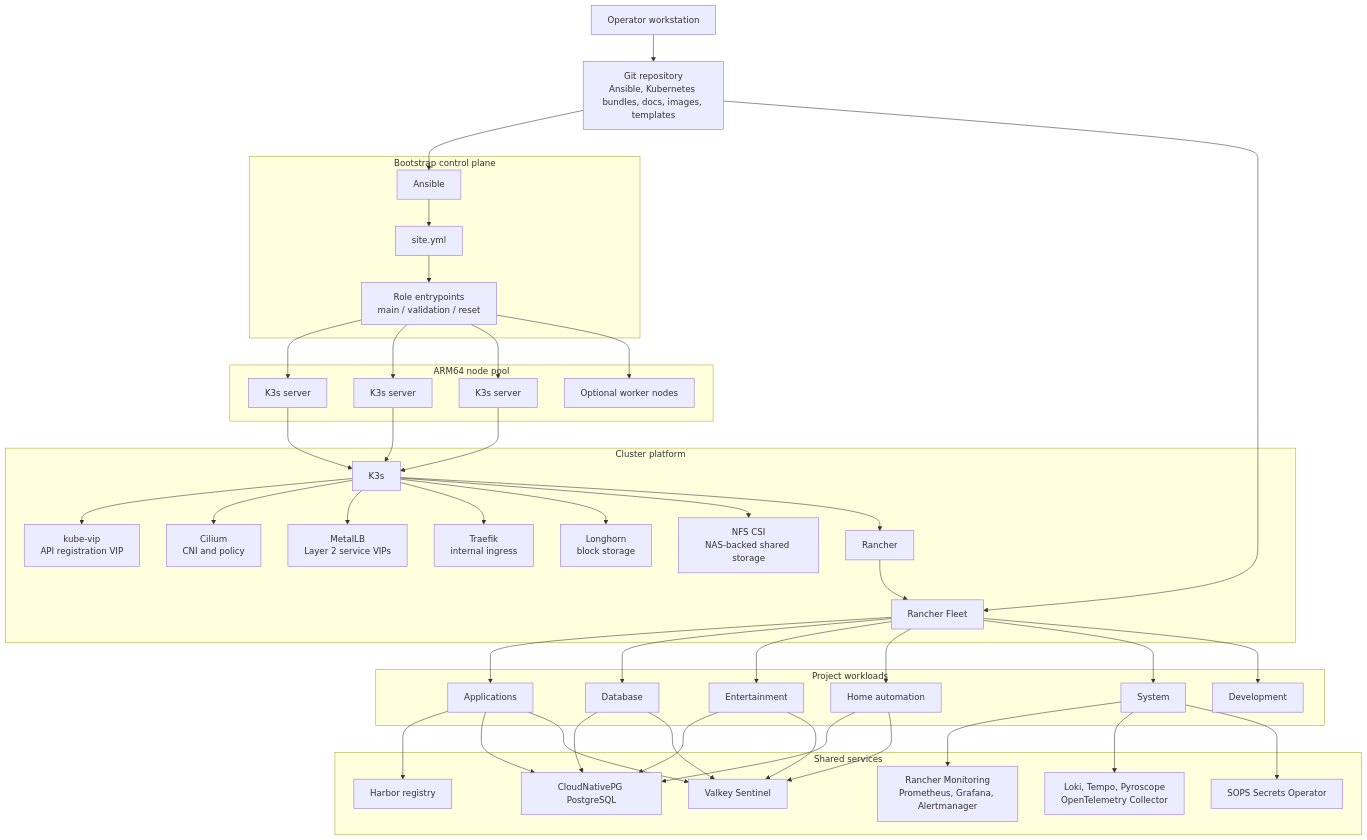
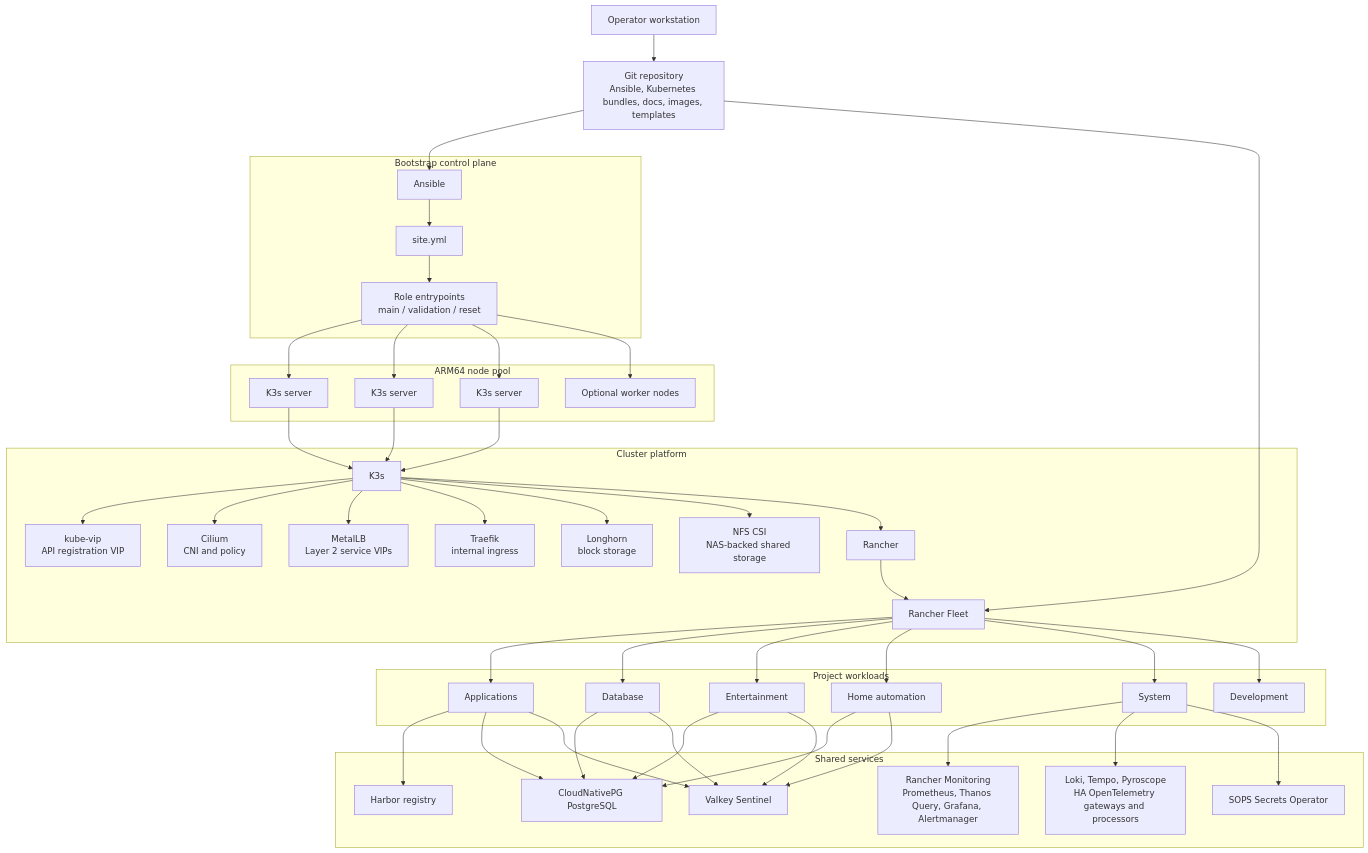
The first of 2 diagrams in README.md (abhi1693/homelab), drawn with Mermaid before and after one commit. The commit also changed other lines of this file and 409 other files, not shown here.

```diff
--- a/README.md
+++ b/README.md
@@ -251,8 +272,8 @@
     postgres["CloudNativePG PostgreSQL"]
     valkey["Valkey Sentinel"]
     harbor["Harbor registry"]
-    monitoring["Rancher Monitoring<br/>Prometheus, Grafana, Alertmanager"]
-    telemetry["Loki, Tempo, Pyroscope<br/>OpenTelemetry Collector"]
+    monitoring["Rancher Monitoring<br/>Prometheus, Thanos Query, Grafana, Alertmanager"]
+    telemetry["Loki, Tempo, Pyroscope<br/>HA OpenTelemetry gateways and processors"]
     secrets["SOPS Secrets Operator"]
   end
 
```
